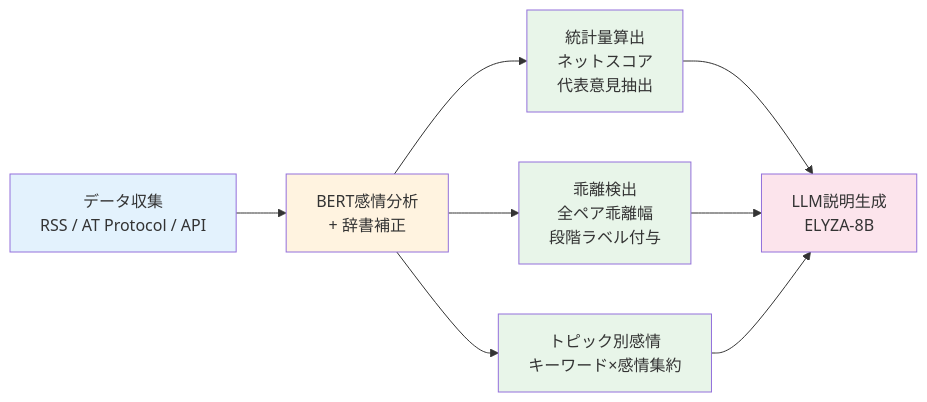
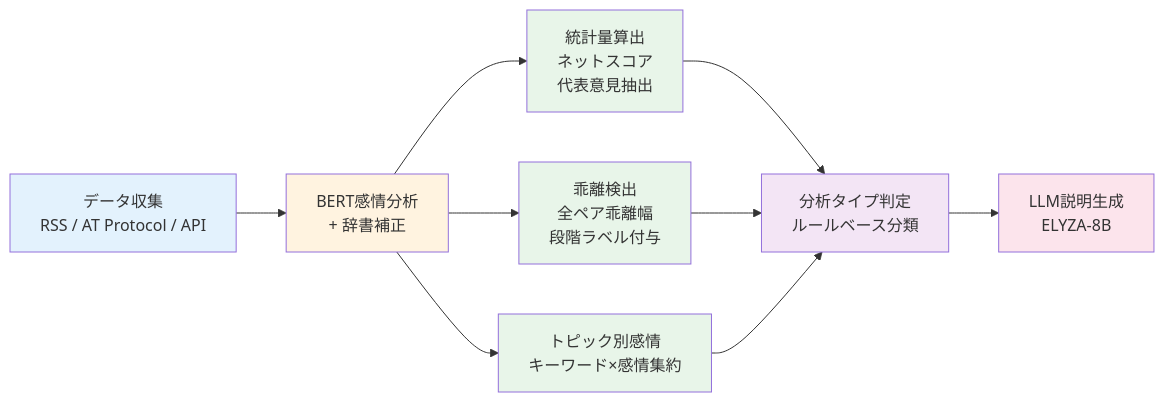
One commit to yutnagase/trend-insight-ai changed the first of 2 diagrams in README.md. Above: the diagram before and after it, drawn with Mermaid. The commit also changed other lines of this file and 5 other files, not shown here.

````diff
--- a/README.md
+++ b/README.md
@@ -71,17 +86,19 @@
 ```mermaid
 flowchart LR
     A[データ収集<br/>RSS / AT Protocol / API] --> B[BERT感情分析<br/>+ 辞書補正]
     B --> C[統計量算出<br/>ネットスコア<br/>代表意見抽出]
     B --> D[乖離検出<br/>全ペア乖離幅<br/>段階ラベル付与]
     B --> F[トピック別感情<br/>キーワード×感情集約]
-    C --> E[LLM説明生成<br/>ELYZA-8B]
-    D --> E
-    F --> E
+    C --> G[分析タイプ判定<br/>ルールベース分類]
+    D --> G
+    F --> G
+    G --> E[LLM説明生成<br/>ELYZA-8B]
 
     style A fill:#e3f2fd
     style B fill:#fff3e0
     style C fill:#e8f5e9
     style D fill:#e8f5e9
     style F fill:#e8f5e9
+    style G fill:#f3e5f5
     style E fill:#fce4ec
 ```
````
